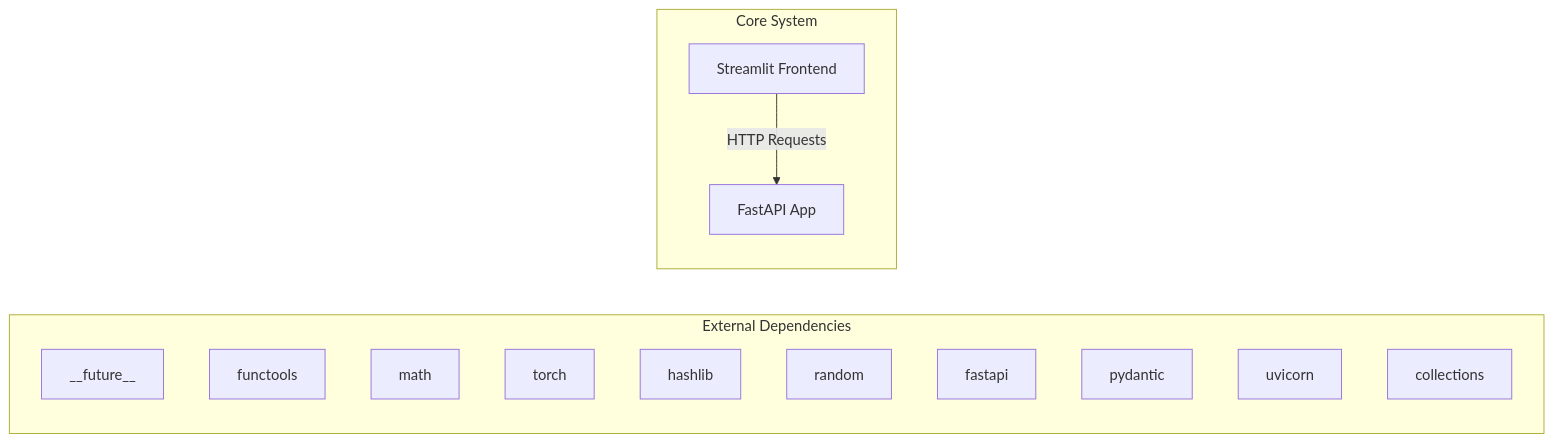
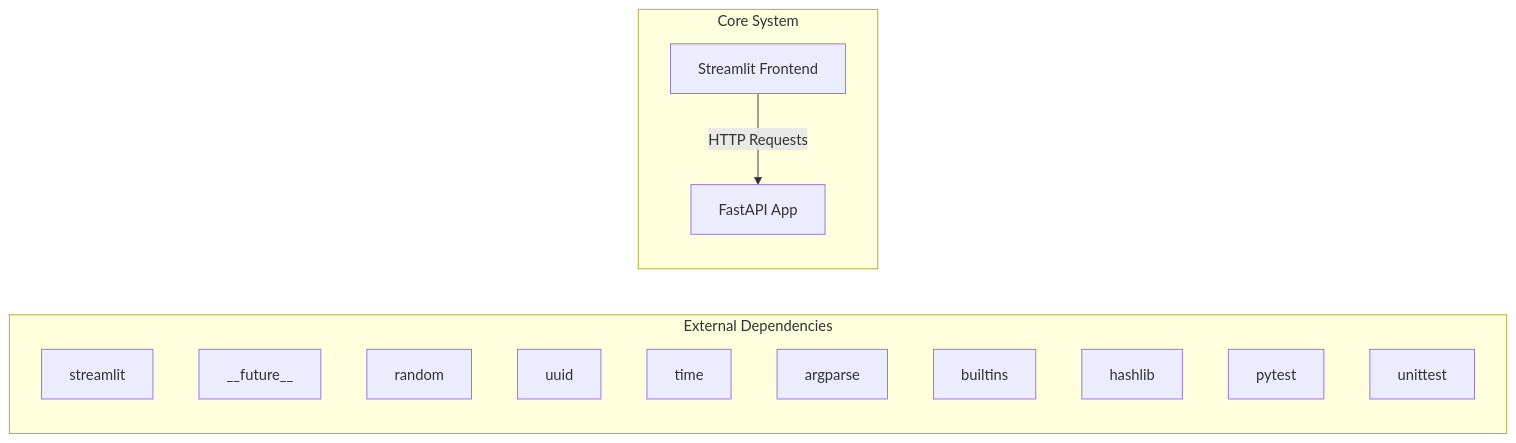
The first of 2 diagrams in docs/architecture.md (NITISH-R-G/rag-context-optimizer), drawn with Mermaid before and after one commit. The commit also changed 1 other file, not shown here.

Commit message:
docs: auto-update repository knowledge, architecture diagrams, and documentation

````diff
--- a/docs/architecture.md
+++ b/docs/architecture.md
@@ -7,20 +7,20 @@
 ```mermaid
 graph LR
     subgraph External Dependencies
-        E0["__future__"]
-        E1["functools"]
-        E2["math"]
-        E3["torch"]
-        E4["hashlib"]
-        E5["random"]
-        E6["fastapi"]
-        E7["pydantic"]
-        E8["uvicorn"]
-        E9["collections"]
+        E0["streamlit"]
+        E1["__future__"]
+        E2["random"]
+        E3["uuid"]
+        E4["time"]
+        E5["argparse"]
+        E6["builtins"]
+        E7["hashlib"]
+        E8["pytest"]
+        E9["unittest"]
     end
     subgraph Core System
         API["FastAPI App"]
         UI["Streamlit Frontend"]
     end
     UI -->|HTTP Requests| API
 ```
````
